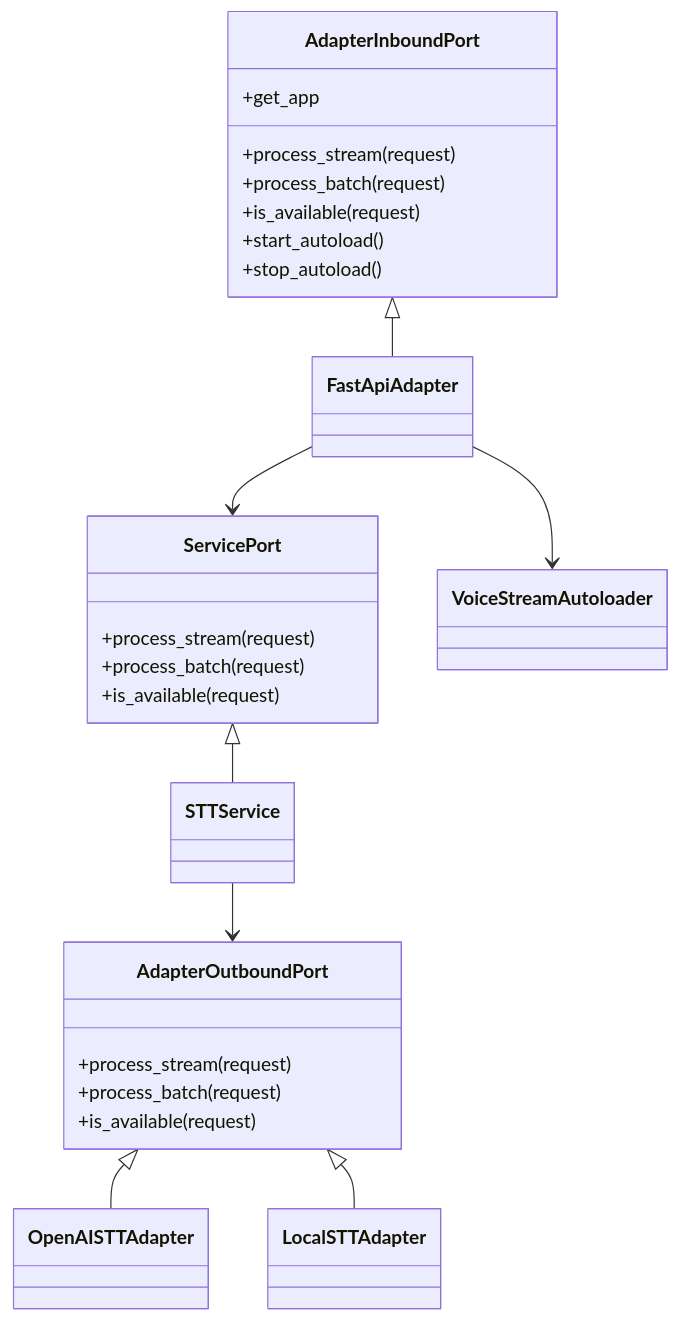
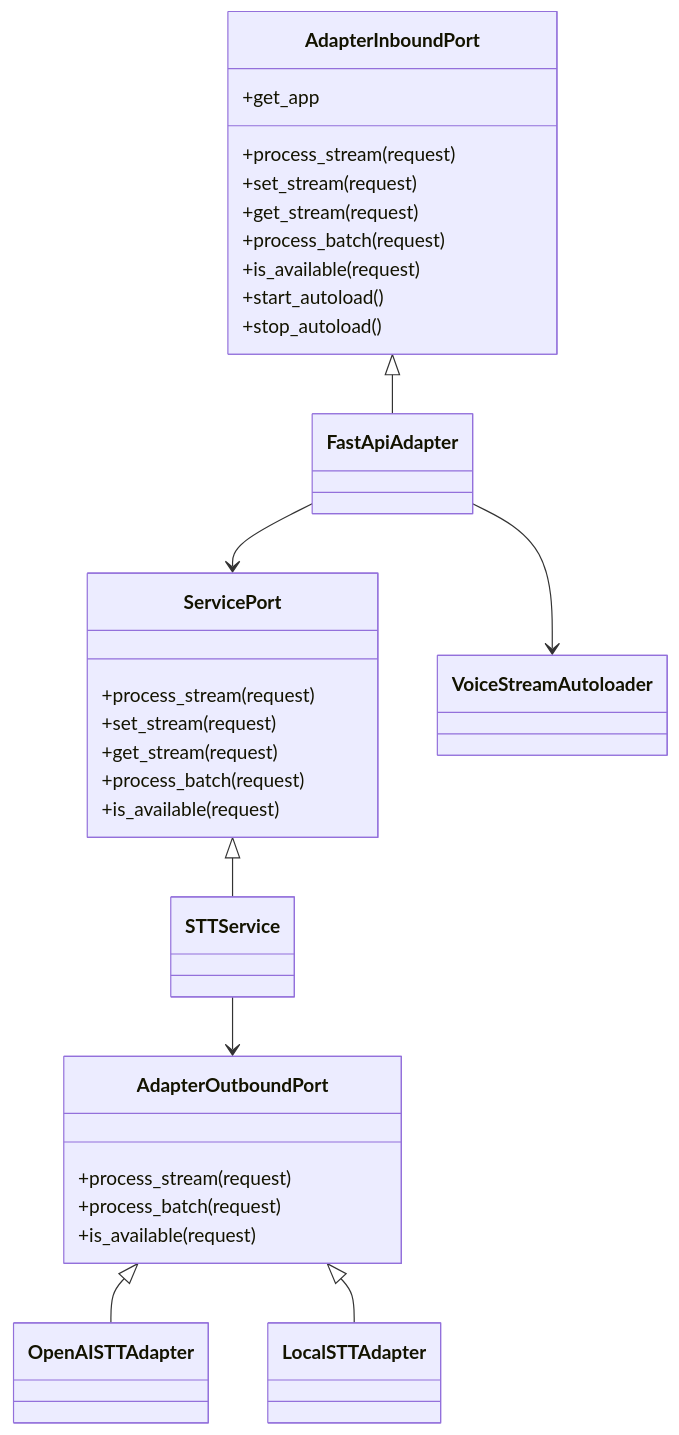
The second of 6 diagrams in README.md (DanielCalvo-Calvicia/stt_microservice), drawn with Mermaid before and after one commit. The commit also changed other lines of this file and 8 other files, not shown here.

````diff
--- a/README.md
+++ b/README.md
@@ -99,37 +101,41 @@
 ```mermaid
 classDiagram
     class AdapterInboundPort {
         +process_stream(request)
+        +set_stream(request)
+        +get_stream(request)
         +process_batch(request)
         +is_available(request)
         +get_app
         +start_autoload()
         +stop_autoload()
     }
 
     class ServicePort {
         +process_stream(request)
+        +set_stream(request)
+        +get_stream(request)
         +process_batch(request)
         +is_available(request)
     }
 
     class AdapterOutboundPort {
         +process_stream(request)
         +process_batch(request)
         +is_available(request)
     }
 
     class FastApiAdapter
     class STTService
     class OpenAISTTAdapter
     class LocalSTTAdapter
     class VoiceStreamAutoloader
 
     AdapterInboundPort <|-- FastApiAdapter
     ServicePort <|-- STTService
     AdapterOutboundPort <|-- OpenAISTTAdapter
     AdapterOutboundPort <|-- LocalSTTAdapter
     FastApiAdapter --> ServicePort
     STTService --> AdapterOutboundPort
     FastApiAdapter --> VoiceStreamAutoloader
 ```
````
